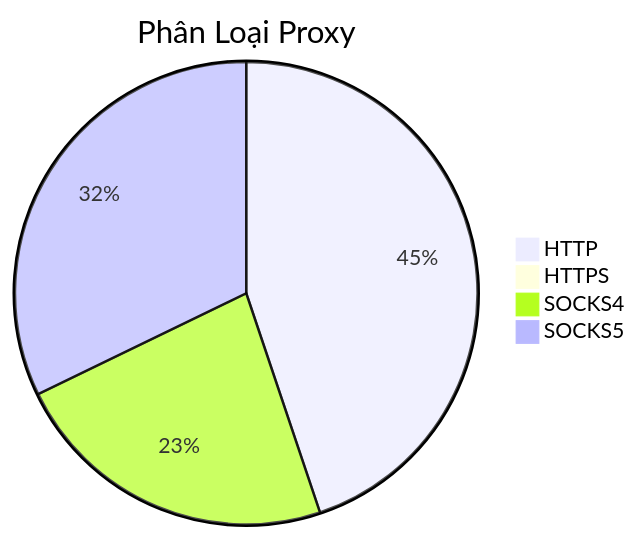
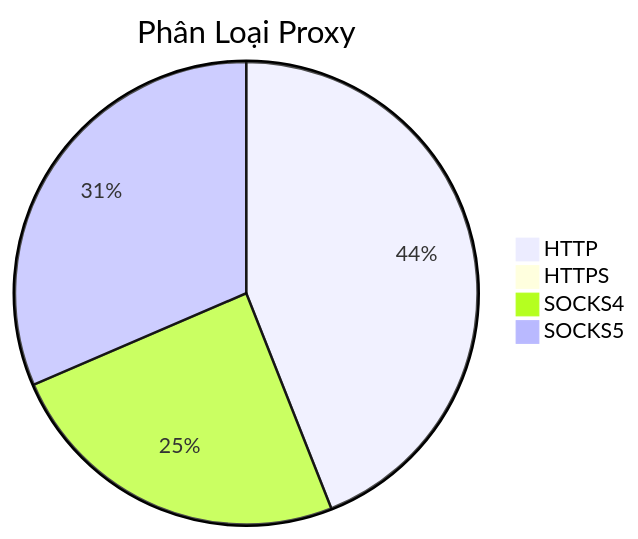
The diagram in README.md (Ciara-12/PROXY-free), drawn with Mermaid before and after one commit. The commit also changed other lines of this file and 3 other files, not shown here.

````diff
--- a/README.md
+++ b/README.md
@@ -26,7 +26,7 @@
 ```mermaid
 pie title Phân Loại Proxy
-    "HTTP" : 560
+    "HTTP" : 551
     "HTTPS" : 1
-    "SOCKS4" : 287
-    "SOCKS5" : 402
+    "SOCKS4" : 307
+    "SOCKS5" : 394
 ```
````
